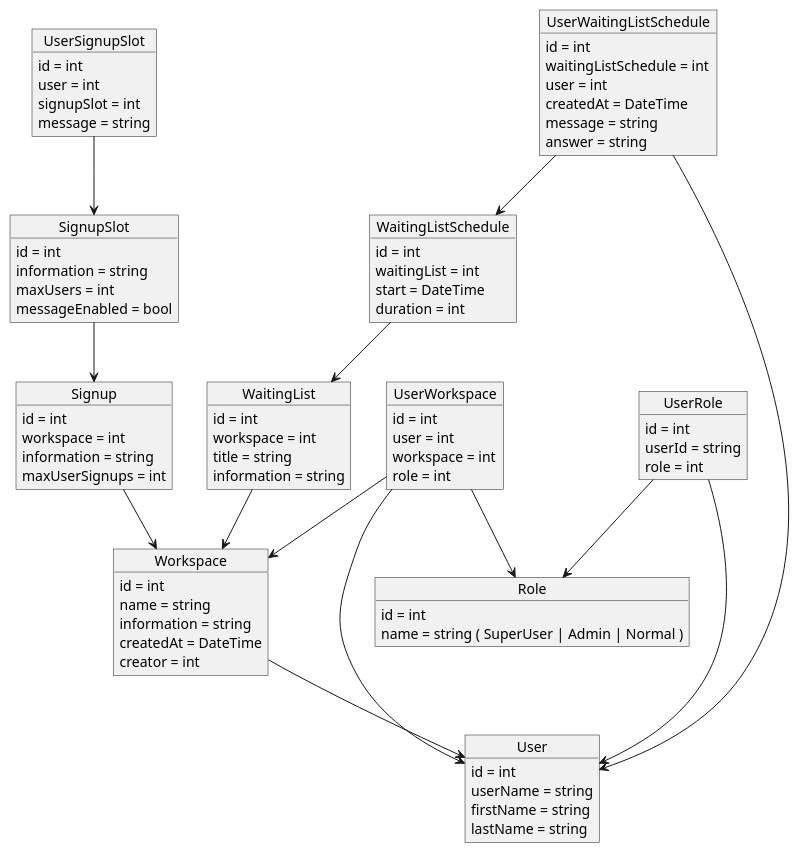
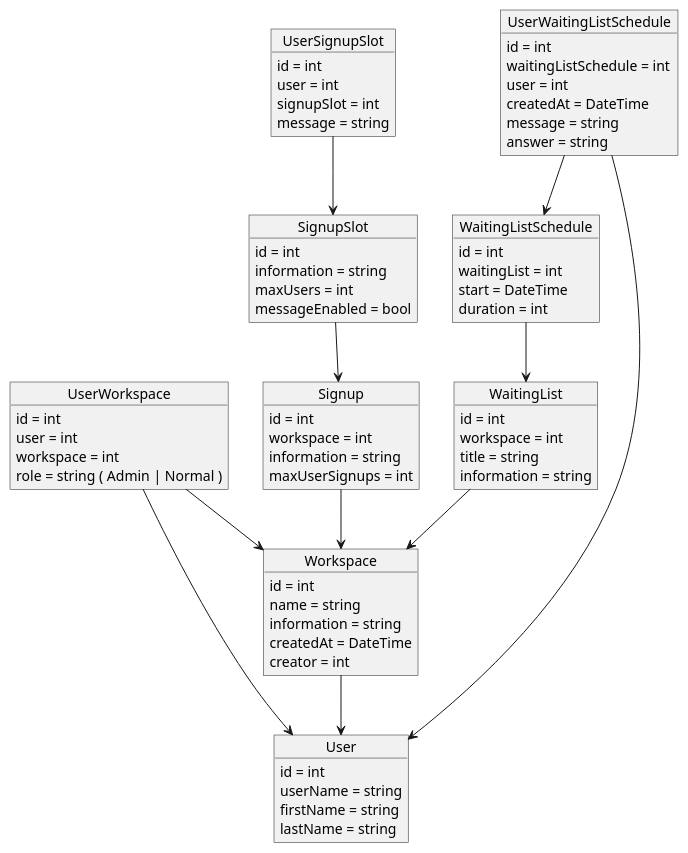
One commit to InputPlaceholderName/tosca-backend changed the diagram in docs/database_schema.puml. Above: the diagram before and after it, drawn with PlantUML. The commit also changed 1 other file, not shown here.

Commit message:
Removed Role table

```diff
--- a/docs/database_schema.puml
+++ b/docs/database_schema.puml
@@ -1,101 +1,88 @@
 @startuml
 object User {
     id = int 
     userName = string
     firstName = string
     lastName = string
-}
-
-object Role {
-    id = int
-    name = string ( SuperUser | Admin | Normal )
-}
-
-object UserRole {
-    id = int
-    userId = string
-    role = int
 }
 
 object Workspace {
     id = int
     name = string
     information = string 
     createdAt = DateTime
     creator = int
 }
 
 object UserWorkspace {
     id = int
     user = int
     workspace = int
-    role = int
+    role = string ( Admin | Normal )
 }
 
 object WaitingList {
     id = int
     workspace = int
     title = string  
     information = string
 }
 
 object WaitingListSchedule {
     id = int
     waitingList = int
     start = DateTime
     duration = int
 }
 
 object UserWaitingListSchedule {
     id = int
     waitingListSchedule = int
     user = int
     createdAt = DateTime 
     message = string
     answer = string
 }
 
 object Signup {
     id = int
     workspace = int
     information = string
     maxUserSignups = int
 }
 
 object SignupSlot {
     id = int
     information = string
     maxUsers = int
     messageEnabled = bool
 }
 
 object UserSignupSlot {
     id = int
     user = int
     signupSlot = int
     message = string
 }
 
 
 Workspace --> User
 
-UserRole --> Role
-UserRole --> User
 
 UserWorkspace --> User
 UserWorkspace --> Workspace
-UserWorkspace --> Role
 
 WaitingList --> Workspace
 
 WaitingListSchedule --> WaitingList
 
 UserWaitingListSchedule --> User
 UserWaitingListSchedule --> WaitingListSchedule
 
 Signup --> Workspace
 
 SignupSlot --> Signup
 
 UserSignupSlot --> SignupSlot
+
 @enduml
```
